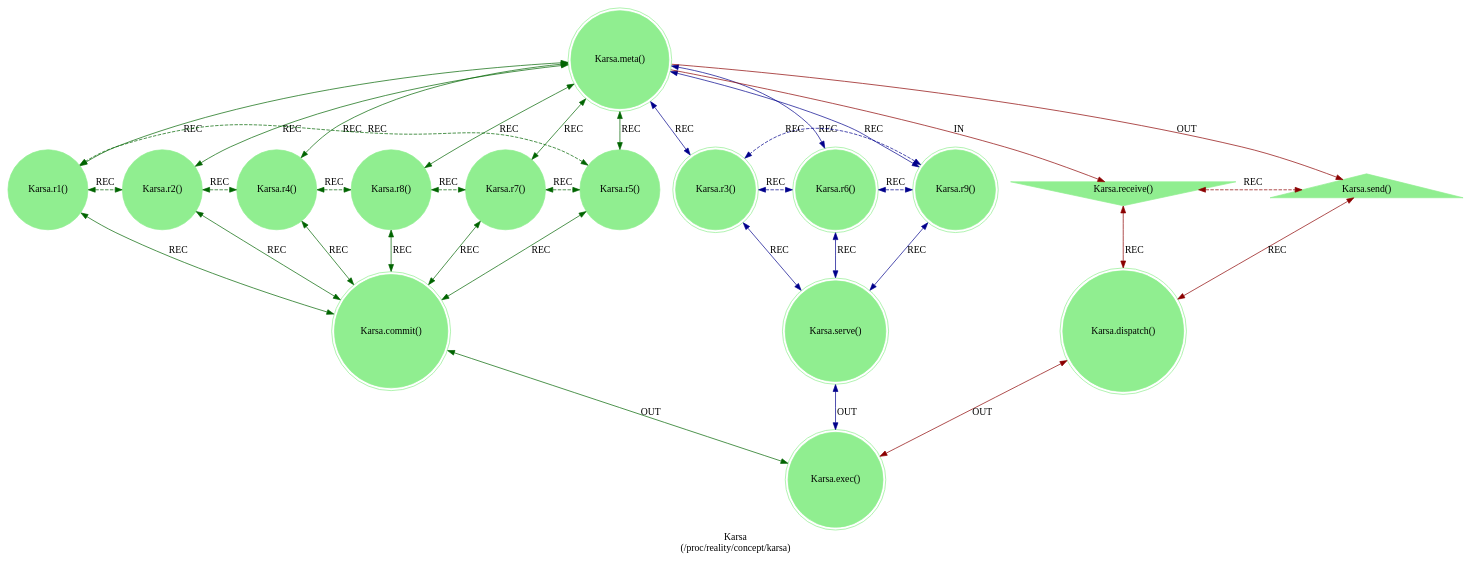
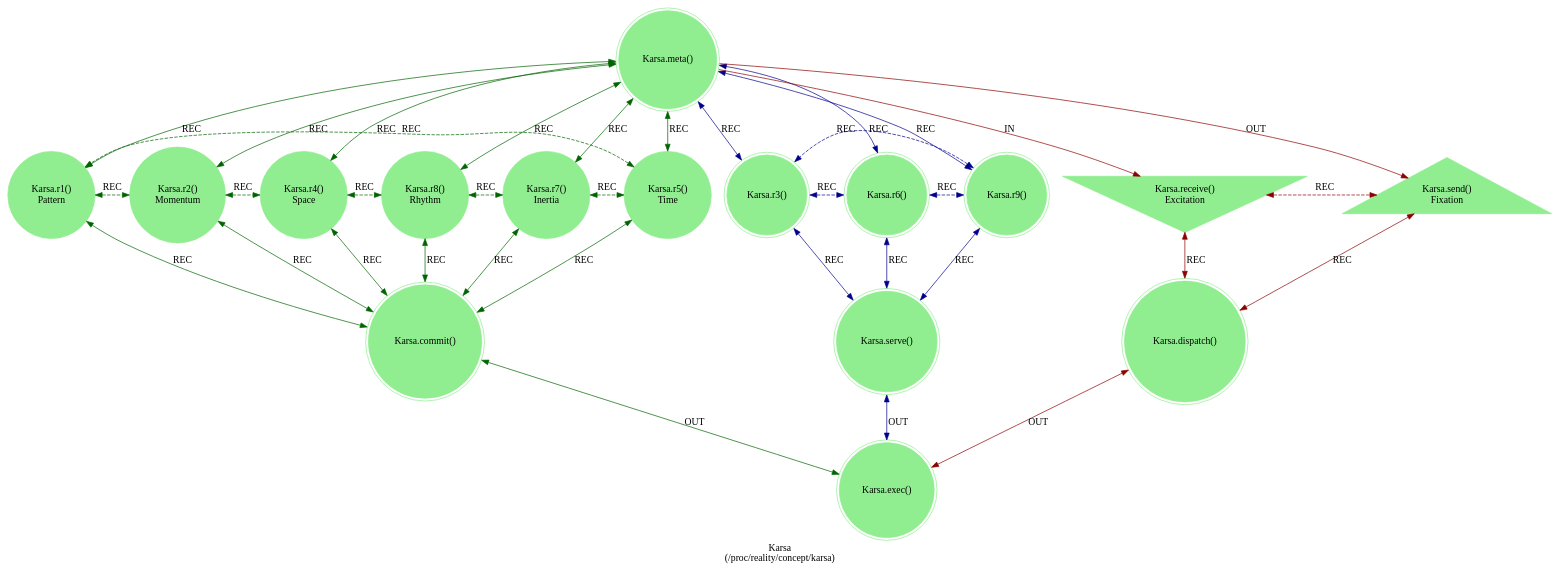
One commit to cilang/mythos changed the diagram in src/includes/concept/karsa.dot. Above: the diagram before and after it, drawn with Graphviz. The commit also changed 7 other files, not shown here.

```diff
--- a/src/includes/concept/karsa.dot
+++ b/src/includes/concept/karsa.dot
@@ -1,48 +1,48 @@
 strict digraph Karsa {
     label = "Karsa\n(/proc/reality/concept/karsa)";
     style = filled;
     color = lightgray;
     node [shape = circle; style = filled; color = lightgreen;];
     
     // The Axis A-0-B (In-Meta-Out).
     // The Sacred 3-6-9 (Boundary of Perception).
     // The Vortex 1-2-4-8-7-5 (Boundary of Comprehension).
     // The Router C-D-E
     // The Closure F
     spark_0_t [label = "Karsa.meta()";comment = "";shape = doublecircle;];
-    spark_1_t [label = "Karsa.r1()";comment = "";shape = circle;];
-    spark_2_t [label = "Karsa.r2()";comment = "";shape = circle;];
-    spark_4_t [label = "Karsa.r4()";comment = "";shape = circle;];
-    spark_8_t [label = "Karsa.r8()";comment = "";shape = circle;];
-    spark_7_t [label = "Karsa.r7()";comment = "";shape = circle;];
-    spark_5_t [label = "Karsa.r5()";comment = "";shape = circle;];
-    spark_3_t [label = "Karsa.r3()";comment = "Rhythm and Pattern";shape = doublecircle;];
-    spark_6_t [label = "Karsa.r6()";comment = "Inertia and Momentum";shape = doublecircle;];
-    spark_9_t [label = "Karsa.r9()";comment = "Time and Space";shape = doublecircle;];
-    spark_a_t [label = "Karsa.receive()";comment = "Fixation";shape = invtriangle;];
-    spark_b_t [label = "Karsa.send()";comment = "Excitation";shape = triangle;];
+    spark_1_t [label = "Karsa.r1()\nPattern";comment = "";shape = circle;];
+    spark_2_t [label = "Karsa.r2()\nMomentum";comment = "";shape = circle;];
+    spark_4_t [label = "Karsa.r4()\nSpace";comment = "";shape = circle;];
+    spark_8_t [label = "Karsa.r8()\nRhythm";comment = "";shape = circle;];
+    spark_7_t [label = "Karsa.r7()\nInertia";comment = "";shape = circle;];
+    spark_5_t [label = "Karsa.r5()\nTime";comment = "";shape = circle;];
+    spark_3_t [label = "Karsa.r3()";comment = "";shape = doublecircle;];
+    spark_6_t [label = "Karsa.r6()";comment = "";shape = doublecircle;];
+    spark_9_t [label = "Karsa.r9()";comment = "";shape = doublecircle;];
+    spark_a_t [label = "Karsa.receive()\nExcitation";comment = "";shape = invtriangle;];
+    spark_b_t [label = "Karsa.send()\nFixation";comment = "";shape = triangle;];
     spark_c_t [label = "Karsa.dispatch()";comment = "";shape = doublecircle;];
     spark_d_t [label = "Karsa.commit()";comment = "";shape = doublecircle;];
     spark_e_t [label = "Karsa.serve()";comment = "";shape = doublecircle;];
     spark_f_t [label = "Karsa.exec()";comment = "";shape = doublecircle;];
     
     // IN = Input
     // OUT = Output
     // REC = Recursion
     spark_0_t -> spark_a_t [label = "IN"; color = darkred; comment = "";];
     spark_0_t -> spark_b_t [label = "OUT"; color = darkred; comment = "";];
     spark_0_t -> {spark_3_t spark_6_t spark_9_t} [label = "REC"; color = darkblue; comment = ""; dir = both;];
     spark_0_t -> {spark_1_t spark_2_t spark_4_t spark_8_t spark_7_t spark_5_t} [label = "REC"; color = darkgreen; comment = ""; dir = both;];
     
     {spark_a_t spark_b_t} -> spark_c_t [label = "REC"; color = darkred; comment = ""; dir = both;];
     {spark_1_t spark_2_t spark_4_t spark_8_t spark_7_t spark_5_t} -> spark_d_t [label = "REC"; color = darkgreen; comment = ""; dir = both;];
     {spark_3_t spark_6_t spark_9_t} -> spark_e_t [label = "REC"; color = darkblue; comment = ""; dir = both;];
     
     spark_1_t -> spark_2_t -> spark_4_t -> spark_8_t -> spark_7_t -> spark_5_t -> spark_1_t [label = "REC"; color = darkgreen; comment = ""; style = dashed; constraint = false; dir = both;];
     spark_3_t -> spark_6_t -> spark_9_t -> spark_3_t [label = "REC"; color = darkblue; comment = ""; style = dashed; constraint = false; dir = both;];
     spark_a_t -> spark_b_t [label = "REC"; color = darkred; comment = ""; constraint = false; style = dashed; dir = both;];
     
     spark_c_t -> spark_f_t [label = "OUT"; color = darkred; comment = ""; dir = both;];
     spark_d_t -> spark_f_t [label = "OUT"; color = darkgreen; comment = ""; dir = both;];
     spark_e_t -> spark_f_t [label = "OUT"; color = darkblue; comment = ""; dir = both;];
 }
```
